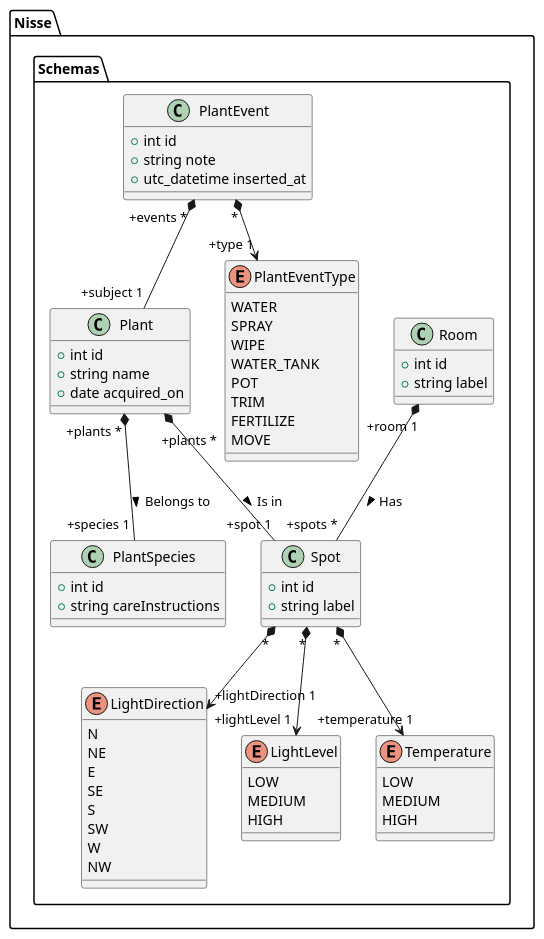
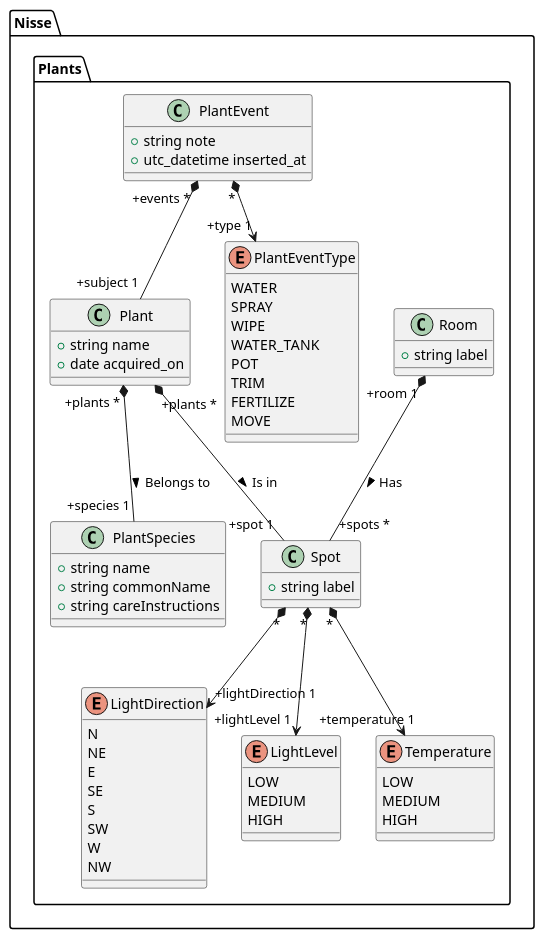
The diagram in model.wsd (ilkka/nisse), drawn with PlantUML before and after one commit.

Commit message:
Add common name to species
Remove IDs from diagram, not needed there

```diff
--- a/model.wsd
+++ b/model.wsd
@@ -1,78 +1,75 @@
 @startuml
-namespace Nisse.Schemas {
+namespace Nisse.Plants {
   class Plant {
-    +int id
     +string name
     +date acquired_on
   }
 
   class PlantSpecies {
-    +int id
+    +string name
+    +string commonName
     +string careInstructions
   }
 
   Plant "+plants *" *-- "+species 1" PlantSpecies : Belongs to >
 
   class Room {
-    +int id
     +string label
   }
   
   Enum LightDirection {
     N
     NE
     E
     SE
     S
     SW
     W
     NW
   }
 
   Enum LightLevel {
     LOW
     MEDIUM
     HIGH
   }
 
   Enum Temperature {
     LOW
     MEDIUM
     HIGH
   }
 
   class Spot {
-    +int id
     +string label
   }
 
   Spot "*" *--> "+lightLevel 1" LightLevel
   Spot "*" *--> "+lightDirection 1" LightDirection
   Spot "*" *--> "+temperature 1" Temperature
 
   Room "+room 1" *-- "+spots *" Spot : Has >
 
   Plant "+plants *" *-- "+spot 1" Spot : Is in >
 
   class PlantEvent {
-    +int id
     +string note
     +utc_datetime inserted_at
   }
 
   enum PlantEventType {
     WATER
     SPRAY
     WIPE
     WATER_TANK
     POT
     TRIM
     FERTILIZE
     MOVE
   }
 
   PlantEvent "*" *--> "+type 1" PlantEventType
 
   PlantEvent "+events *" *-- "+subject 1" Plant
 }
 @enduml
```
